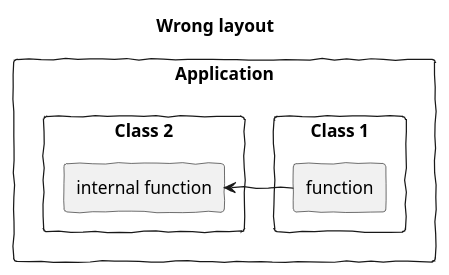
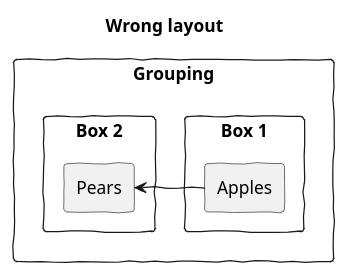
Before and after one commit to mattjhayes/PlantUML-Examples: the first of 2 diagrams in Layout-Techniques/other_layout_tricks.md, drawn with PlantUML. The commit also changed other lines of this file and 2 other files, not shown here.

Commit message:
Genericised and simplified diagram examples

````diff
--- a/Layout-Techniques/other_layout_tricks.md
+++ b/Layout-Techniques/other_layout_tricks.md
@@ -11,21 +11,21 @@
 ```plantuml
 @startuml
 
 skinparam monochrome true
 skinparam handwritten true
 
 title Wrong layout
 
-rectangle "Application" {
-    rectangle "Class 1" {
-        rectangle "function" as fx1
+rectangle "Grouping" {
+    rectangle "Box 1" {
+        rectangle "Apples"
     }
-    rectangle "Class 2" {
-        rectangle "internal function" as fx2
+    rectangle "Box 2" {
+        rectangle "Pears"
     }
 }
 
-fx1 -right-> fx2
+Apples -right-> Pears
 
 @enduml
 ```
````
